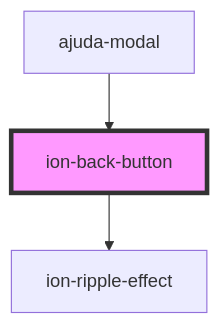
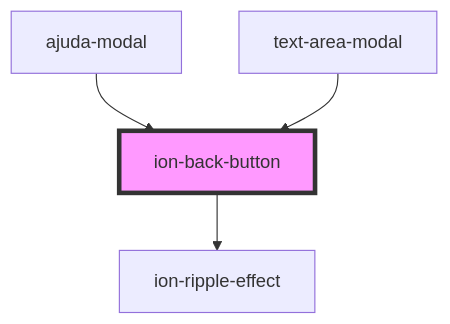
The diagram in core/src/components/back-button/readme.md (MEDGRUPOGIT/ionic-framework-1), drawn with Mermaid before and after one commit. The commit also changed other lines of this file and 25 other files, not shown here.

````diff
--- a/core/src/components/back-button/readme.md
+++ b/core/src/components/back-button/readme.md
@@ -383,6 +384,7 @@
 ```mermaid
 graph TD;
   ion-back-button --> ion-ripple-effect
   ajuda-modal --> ion-back-button
+  text-area-modal --> ion-back-button
   style ion-back-button fill:#f9f,stroke:#333,stroke-width:4px
 ```
````
